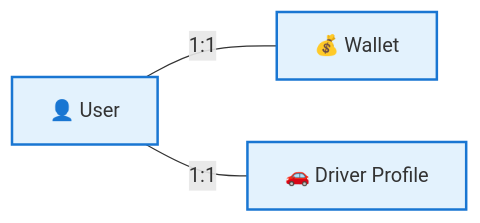
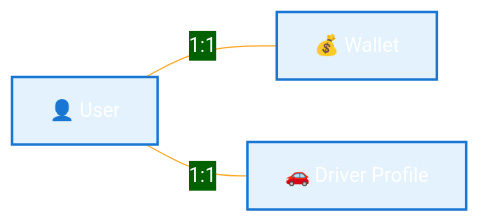
One commit to abdoElHodaky/transportapp changed the second of 4 diagrams in docs/architecture/database-schema.md. Above: the diagram before and after it, drawn with Mermaid. The commit also changed other lines of this file and 9 other files, not shown here.

First line of the commit message:
🎨 Apply gradient-dark theme to all Mermaid diagrams

````diff
--- a/docs/architecture/database-schema.md
+++ b/docs/architecture/database-schema.md
@@ -433,8 +434,9 @@
 ```mermaid
+%%{init: {'theme':'base', 'themeVariables': {'primaryColor':'#ff6b6b','primaryTextColor':'#fff','primaryBorderColor':'#ff6b6b','lineColor':'#ffa726','sectionBkgColor':'#ff6b6b','altSectionBkgColor':'#fff','gridColor':'#fff','secondaryColor':'#006100','tertiaryColor':'#fff'}}}%%
 graph LR
     USER[👤 User] ---|1:1| WALLET[💰 Wallet]
     USER ---|1:1| DRIVER[🚗 Driver Profile]
     
     classDef entity fill:#e3f2fd,stroke:#1976d2,stroke-width:2px
     class USER,WALLET,DRIVER entity
 ```
````
